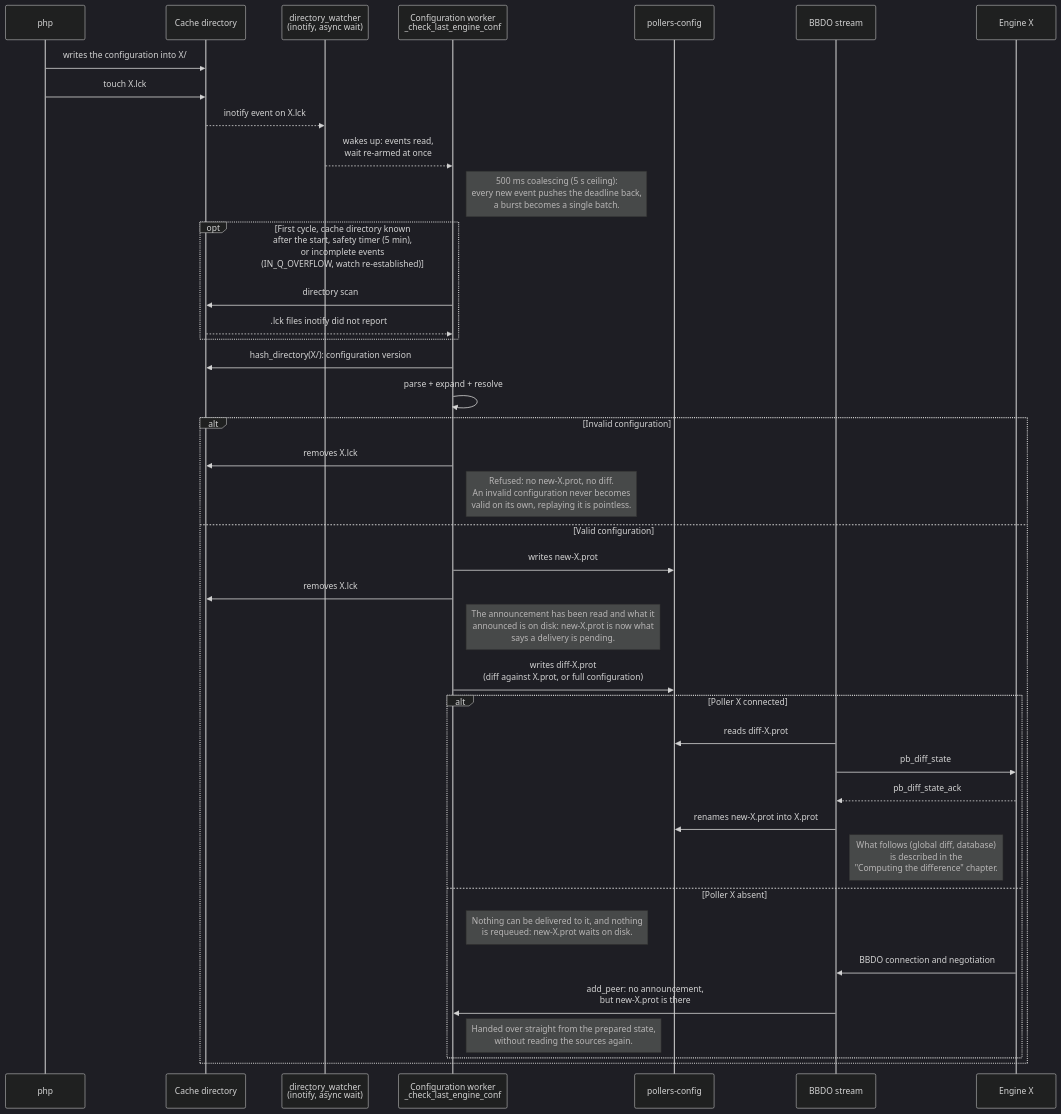
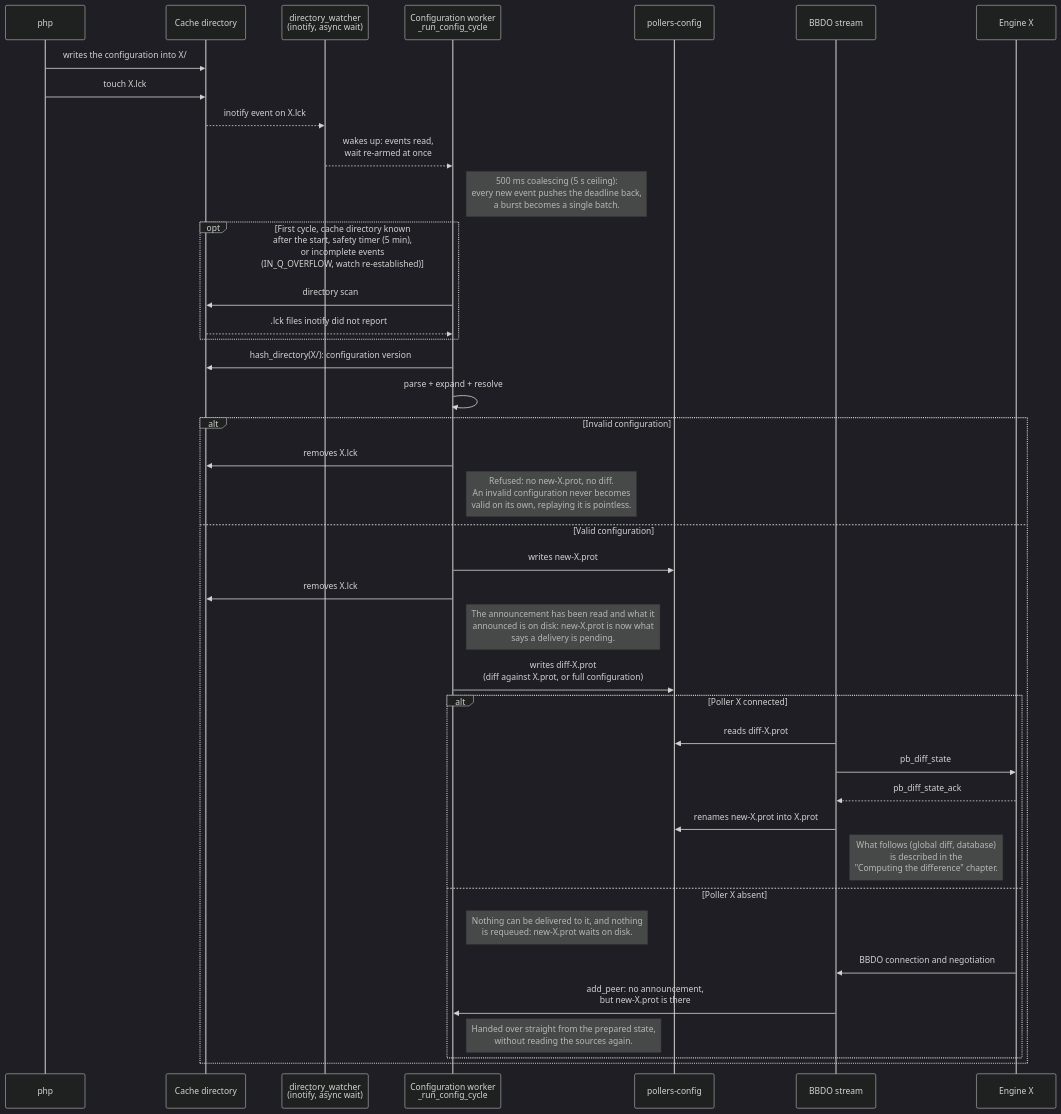
The sixth of 43 diagrams in doc/nego-engine-broker-en.md (centreon/centreon-collect), drawn with Mermaid (dark theme) before and after one commit. The commit also changed other lines of this file and 4 other files, not shown here.

First line of the commit message:
enh(broker): engine conf watcher code simplified

````diff
--- a/doc/nego-engine-broker-en.md
+++ b/doc/nego-engine-broker-en.md
@@ -524,46 +525,46 @@
 ```mermaid
 sequenceDiagram
     participant php
     participant C as Cache directory
     participant W as directory_watcher<br/>(inotify, async wait)
-    participant T as Configuration worker<br/>_check_last_engine_conf
+    participant T as Configuration worker<br/>_run_config_cycle
     participant P as pollers-config
     participant S as BBDO stream
     participant E as Engine X
 
     php ->> C: writes the configuration into X/
     php ->> C: touch X.lck
     C -->> W: inotify event on X.lck
 
     W -->> T: wakes up: events read,<br/>wait re-armed at once
     Note right of T: 500 ms coalescing (5 s ceiling):<br/>every new event pushes the deadline back,<br/>a burst becomes a single batch.
     opt First cycle, cache directory known<br/>after the start, safety timer (5 min),<br/>or incomplete events<br/>(IN_Q_OVERFLOW, watch re-established)
         T ->> C: directory scan
         C -->> T: .lck files inotify did not report
     end
 
     T ->> C: hash_directory(X/): configuration version
     T ->> T: parse + expand + resolve
 
     alt Invalid configuration
         T ->> C: removes X.lck
         Note right of T: Refused: no new-X.prot, no diff.<br/>An invalid configuration never becomes<br/>valid on its own, replaying it is pointless.
     else Valid configuration
         T ->> P: writes new-X.prot
         T ->> C: removes X.lck
         Note right of T: The announcement has been read and what it<br/>announced is on disk: new-X.prot is now what<br/>says a delivery is pending.
         T ->> P: writes diff-X.prot<br/>(diff against X.prot, or full configuration)
         alt Poller X connected
             S ->> P: reads diff-X.prot
             S ->> E: pb_diff_state
             E -->> S: pb_diff_state_ack
             S ->> P: renames new-X.prot into X.prot
             Note right of S: What follows (global diff, database)<br/>is described in the<br/>"Computing the difference" chapter.
         else Poller X absent
             Note right of T: Nothing can be delivered to it, and nothing<br/>is requeued: new-X.prot waits on disk.
             E ->> S: BBDO connection and negotiation
             S ->> T: add_peer: no announcement,<br/>but new-X.prot is there
             Note right of T: Handed over straight from the prepared state,<br/>without reading the sources again.
         end
     end
 ```
````
